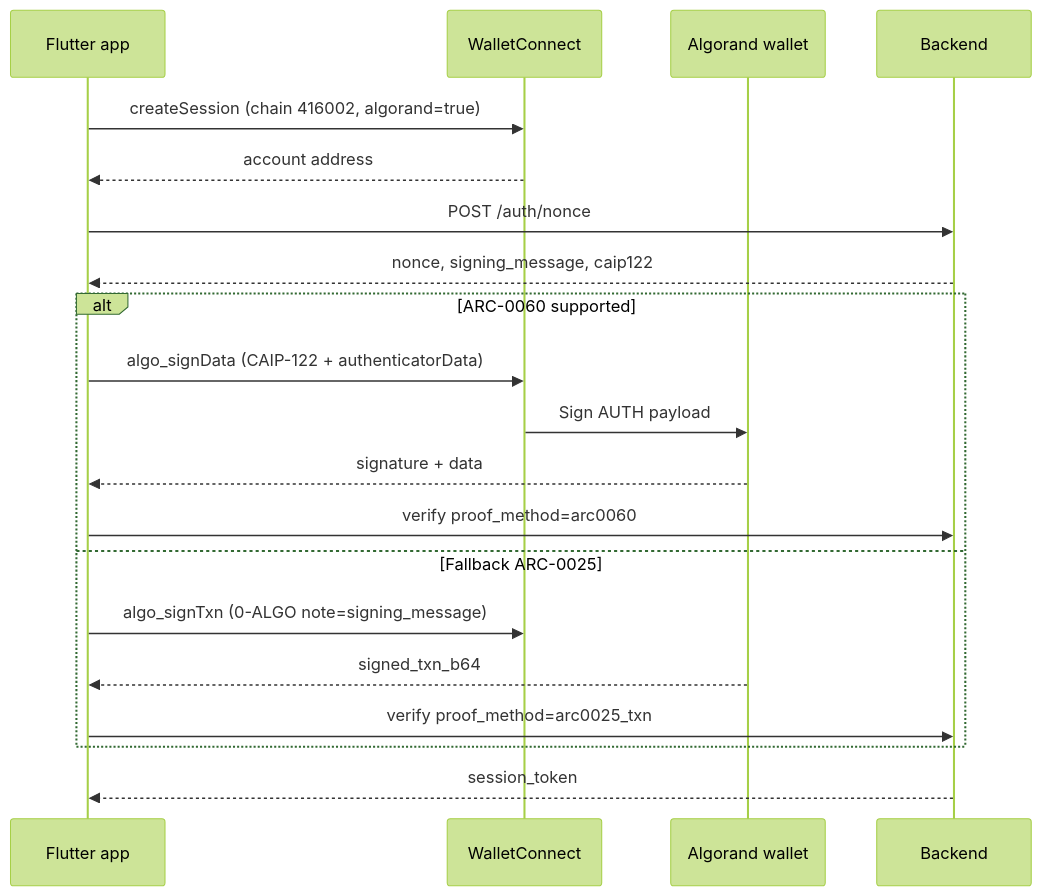
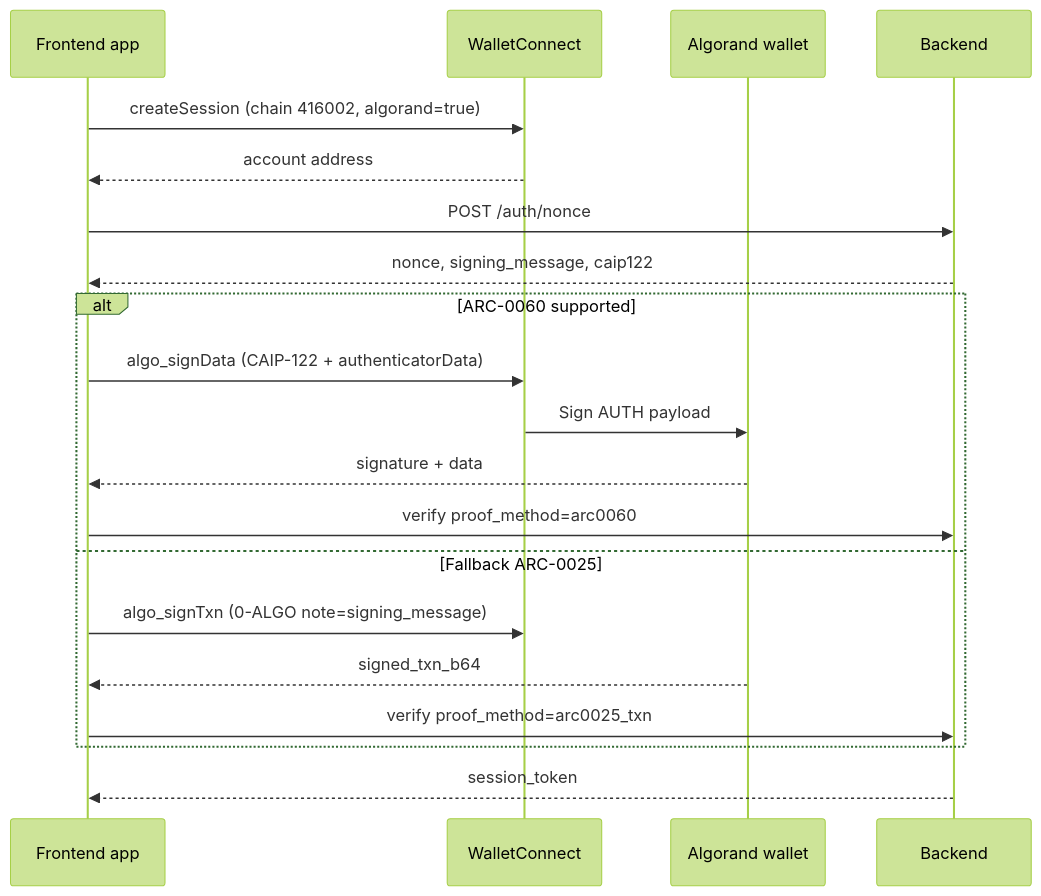
Before and after one commit to PXke/algorand_service: the diagram in docs/architecture/wallet-auth-protocol.md, drawn with Mermaid (forest theme). The commit also changed other lines of this file and 8 other files, not shown here.

````diff
--- a/docs/architecture/wallet-auth-protocol.md
+++ b/docs/architecture/wallet-auth-protocol.md
@@ -109,25 +109,25 @@
 ```mermaid
 sequenceDiagram
-  participant App as Flutter app
+  participant App as Frontend app
   participant WC as WalletConnect
   participant Wallet as Algorand wallet
   participant API as Backend
 
   App->>WC: createSession (chain 416002, algorand=true)
   WC-->>App: account address
   App->>API: POST /auth/nonce
   API-->>App: nonce, signing_message, caip122
 
   alt ARC-0060 supported
     App->>WC: algo_signData (CAIP-122 + authenticatorData)
     WC->>Wallet: Sign AUTH payload
     Wallet-->>App: signature + data
     App->>API: verify proof_method=arc0060
   else Fallback ARC-0025
     App->>WC: algo_signTxn (0-ALGO note=signing_message)
     Wallet-->>App: signed_txn_b64
     App->>API: verify proof_method=arc0025_txn
   end
 
   API-->>App: session_token
 ```
````
